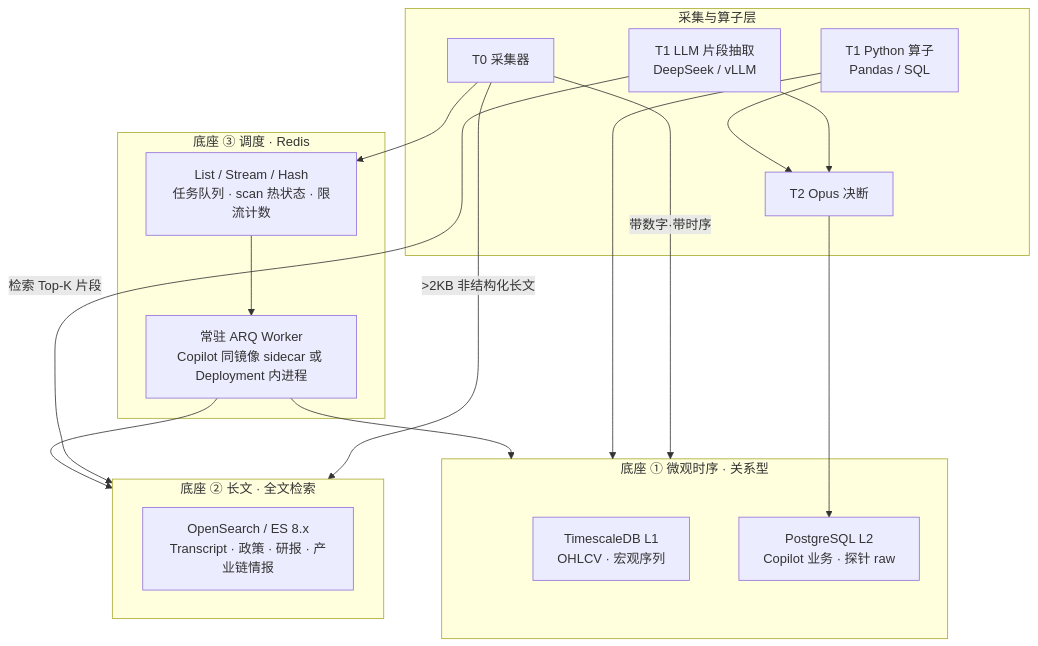
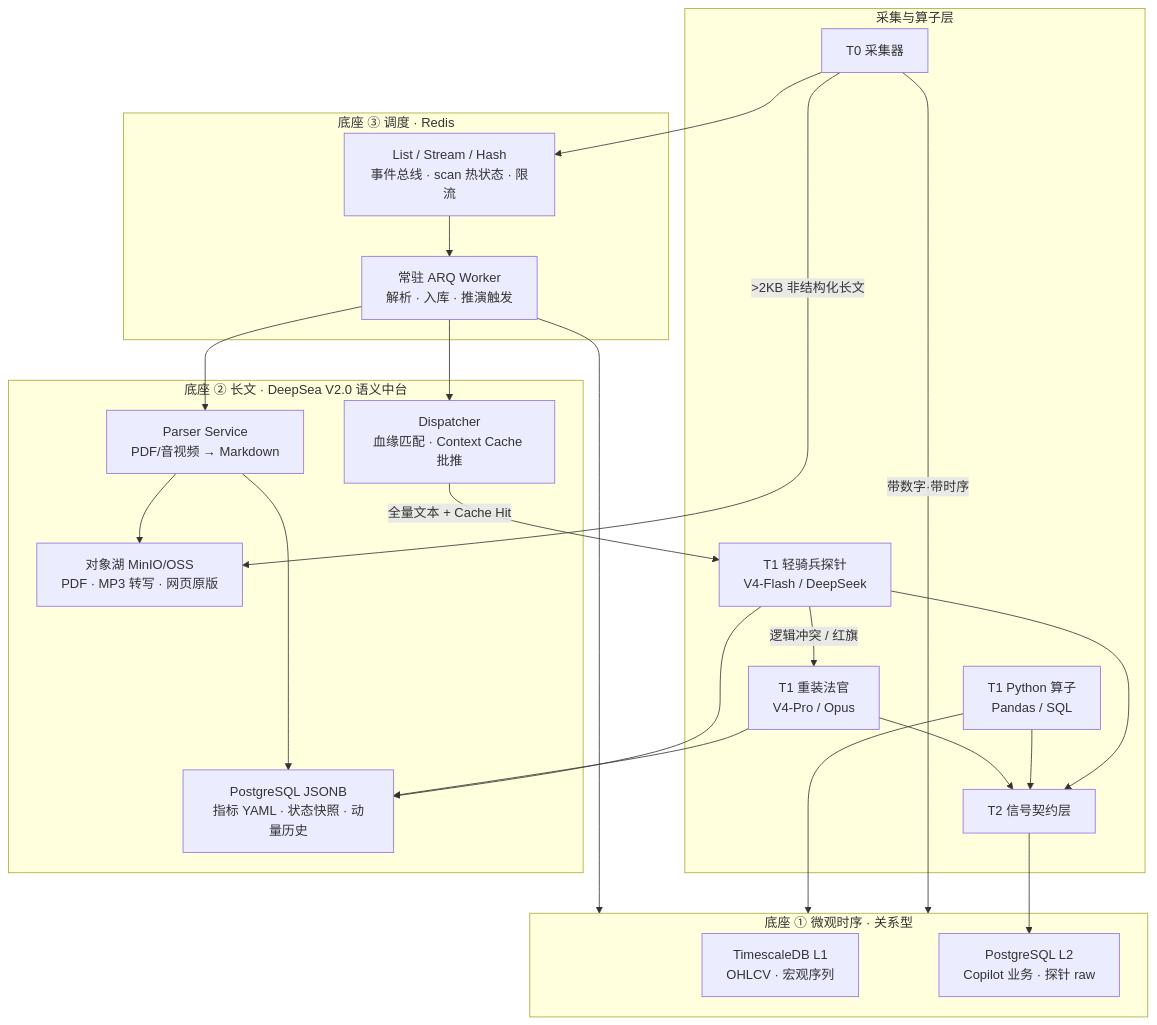
The first of 4 diagrams in 03_原子目标与规约/_共享规约/29_三大数据底座与任务调度架构契约.md (myxxhui/diting-doc), drawn with Mermaid before and after one commit. The commit also changed other lines of this file and 4 other files, not shown here.

````diff
--- a/03_原子目标与规约/_共享规约/29_三大数据底座与任务调度架构契约.md
+++ b/03_原子目标与规约/_共享规约/29_三大数据底座与任务调度架构契约.md
@@ -41,35 +44,46 @@
 ```mermaid
 flowchart TB
   subgraph ingest["采集与算子层"]
     T0["T0 采集器"]
     T1py["T1 Python 算子<br/>Pandas / SQL"]
-    T1llm["T1 LLM 片段抽取<br/>DeepSeek / vLLM"]
-    T2["T2 Opus 决断"]
+    T1flash["T1 轻骑兵探针<br/>V4-Flash / DeepSeek"]
+    T1pro["T1 重装法官<br/>V4-Pro / Opus"]
+    T2["T2 信号契约层"]
   end
 
   subgraph tier1["底座 ① 微观时序 · 关系型"]
     L1["TimescaleDB L1<br/>OHLCV · 宏观序列"]
     L2["PostgreSQL L2<br/>Copilot 业务 · 探针 raw"]
   end
 
-  subgraph tier2["底座 ② 长文 · 全文检索"]
-    ES["OpenSearch / ES 8.x<br/>Transcript · 政策 · 研报 · 产业链情报"]
+  subgraph tier2["底座 ② 长文 · DeepSea V2.0 语义中台"]
+    OSS["对象湖 MinIO/OSS<br/>PDF · MP3 转写 · 网页原版"]
+    PGstate["PostgreSQL JSONB<br/>指标 YAML · 状态快照 · 动量历史"]
+    DISP["Dispatcher<br/>血缘匹配 · Context Cache 批推"]
+    PARSER["Parser Service<br/>PDF/音视频 → Markdown"]
   end
 
   subgraph tier3["底座 ③ 调度 · Redis"]
-    RQ["List / Stream / Hash<br/>任务队列 · scan 热状态 · 限流计数"]
-    WK["常驻 ARQ Worker<br/>Copilot 同镜像 sidecar 或 Deployment 内进程"]
+    RQ["List / Stream / Hash<br/>事件总线 · scan 热状态 · 限流"]
+    WK["常驻 ARQ Worker<br/>解析 · 入库 · 推演触发"]
   end
 
   T0 -->|"带数字·带时序"| tier1
-  T0 -->|">2KB 非结构化长文"| tier2
-  T1py --> tier1
-  T1llm -->|"检索 Top-K 片段"| tier2
-  T1llm --> T2
-  T1py --> T2
+  T0 -->|">2KB 非结构化长文"| OSS
   T0 --> RQ
   RQ --> WK
+  WK --> PARSER
+  PARSER --> OSS
+  PARSER --> PGstate
+  WK --> DISP
+  DISP -->|"全量文本 + Cache Hit"| T1flash
+  T1flash -->|"逻辑冲突 / 红旗"| T1pro
+  T1py --> tier1
+  T1flash --> PGstate
+  T1pro --> PGstate
+  T1flash --> T2
+  T1py --> T2
+  T1pro --> T2
+  T2 --> L2
   WK --> tier1
-  WK --> tier2
-  T2 --> L2
 ```
````
